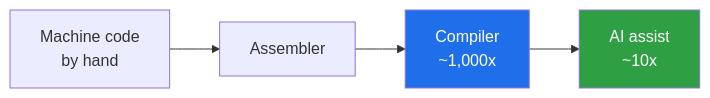
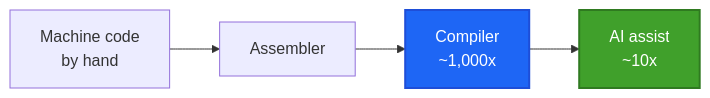
Before and after one commit to alexsavio/alexsavio.github.io: the first of 2 diagrams in content/2026-06-09_torvalds-ai-is-a-tool-not-a-replacement.md, drawn with Mermaid. The commit also changed other lines of this file, not shown here.

Commit message:
fix(blog): use <pre class="mermaid"> tags for Torvalds post diagrams

````diff
--- a/content/2026-06-09_torvalds-ai-is-a-tool-not-a-replacement.md
+++ b/content/2026-06-09_torvalds-ai-is-a-tool-not-a-replacement.md
@@ -26,8 +26,8 @@
-```mermaid
+<pre class="mermaid">
 flowchart LR
+    classDef big fill:#1e66f5,color:#ffffff,stroke:#1e4ed8,stroke-width:2px;
+    classDef small fill:#40a02b,color:#ffffff,stroke:#2f7a20,stroke-width:2px;
     A[Machine code<br/>by hand] --> B[Assembler]
-    B --> C[Compiler<br/>~1,000x]
-    C --> D[AI assist<br/>~10x]
-    style C fill:#1f6feb,color:#fff
-    style D fill:#2ea043,color:#fff
-```
+    B --> C[Compiler<br/>~1,000x]:::big
+    C --> D[AI assist<br/>~10x]:::small
+</pre>
````
